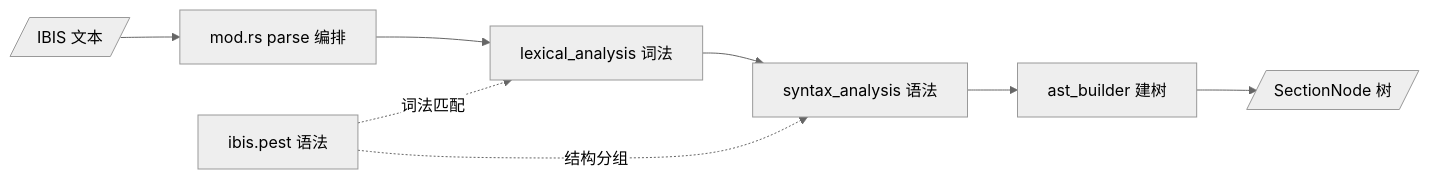
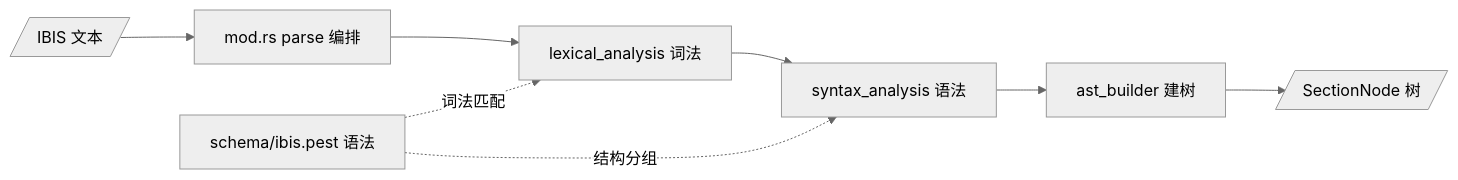
Before and after one commit to ykjoe/IBIS_Parser: the fourth of 6 diagrams in plans/ibis2ibstoml_architecture.md, drawn with Mermaid (neutral theme). The commit also changed other lines of this file and 15 other files, not shown here.

````diff
--- a/plans/ibis2ibstoml_architecture.md
+++ b/plans/ibis2ibstoml_architecture.md
@@ -237,10 +227,10 @@
 ```mermaid
 flowchart LR
     IN[/IBIS 文本/] --> PARSE[mod.rs parse 编排]
     PARSE --> LEX[lexical_analysis 词法]
     LEX --> SYN[syntax_analysis 语法]
     SYN --> AST[ast_builder 建树]
     AST --> OUT[/SectionNode 树/]
-    PEST[ibis.pest 语法] -. 词法匹配 .-> LEX
+    PEST[schema/ibis.pest 语法] -. 词法匹配 .-> LEX
     PEST -. 结构分组 .-> SYN
 ```
````
